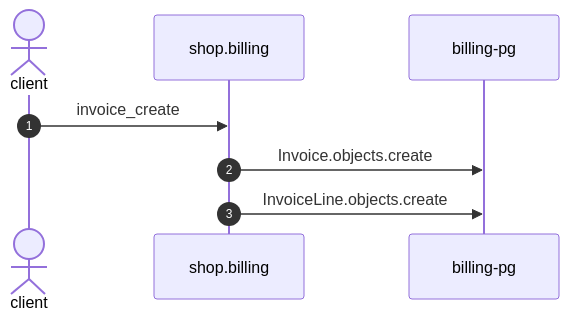
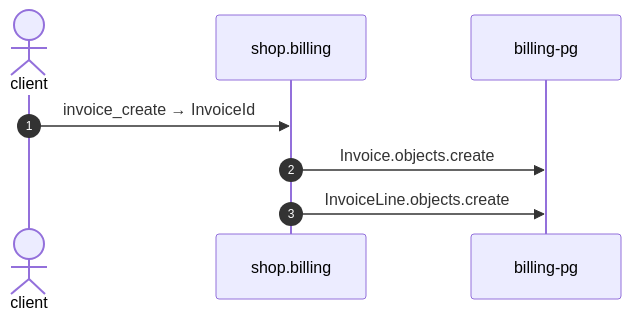
One commit to shortlink-org/portolan changed the diagram in docs/flows/billing-invoice-create.md. Above: the diagram before and after it, drawn with Mermaid. The commit also changed other lines of this file and 87 other files, not shown here.

````diff
--- a/docs/flows/billing-invoice-create.md
+++ b/docs/flows/billing-invoice-create.md
@@ -21,10 +21,10 @@
 ```mermaid
 sequenceDiagram
     autonumber
     actor p0 as client
     participant p1 as shop.billing
     participant p2 as billing-pg
-    p0->>p1: invoice_create
+    p0->>p1: invoice_create → InvoiceId
     p1->>p2: Invoice.objects.create
     p1->>p2: InvoiceLine.objects.create
 ```
````
